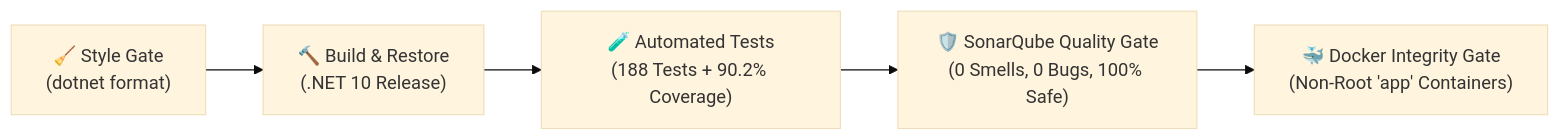
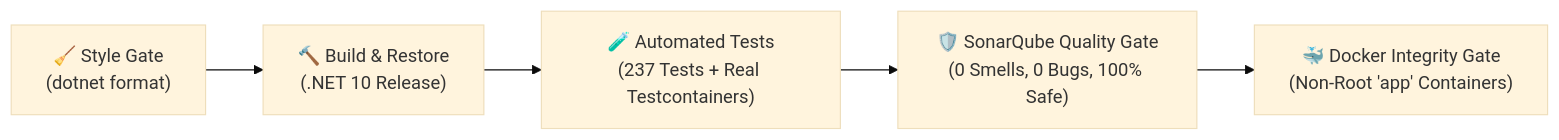
One commit to enesonmez/shuffleseries_microservices changed the third of 3 diagrams in README.md. Above: the diagram before and after it, drawn with Mermaid (base theme). The commit also changed other lines of this file and 60 other files, not shown here.

````diff
--- a/README.md
+++ b/README.md
@@ -335,7 +343,7 @@
 ```mermaid
 flowchart LR
     A["🧹 Style Gate\n(dotnet format)"] --> B["🔨 Build & Restore\n(.NET 10 Release)"]
-    B --> C["🧪 Automated Tests\n(188 Tests + 90.2% Coverage)"]
+    B --> C["🧪 Automated Tests\n(237 Tests + Real Testcontainers)"]
     C --> D["🛡️ SonarQube Quality Gate\n(0 Smells, 0 Bugs, 100% Safe)"]
     D --> E["🐳 Docker Integrity Gate\n(Non-Root 'app' Containers)"]
 ```
````
